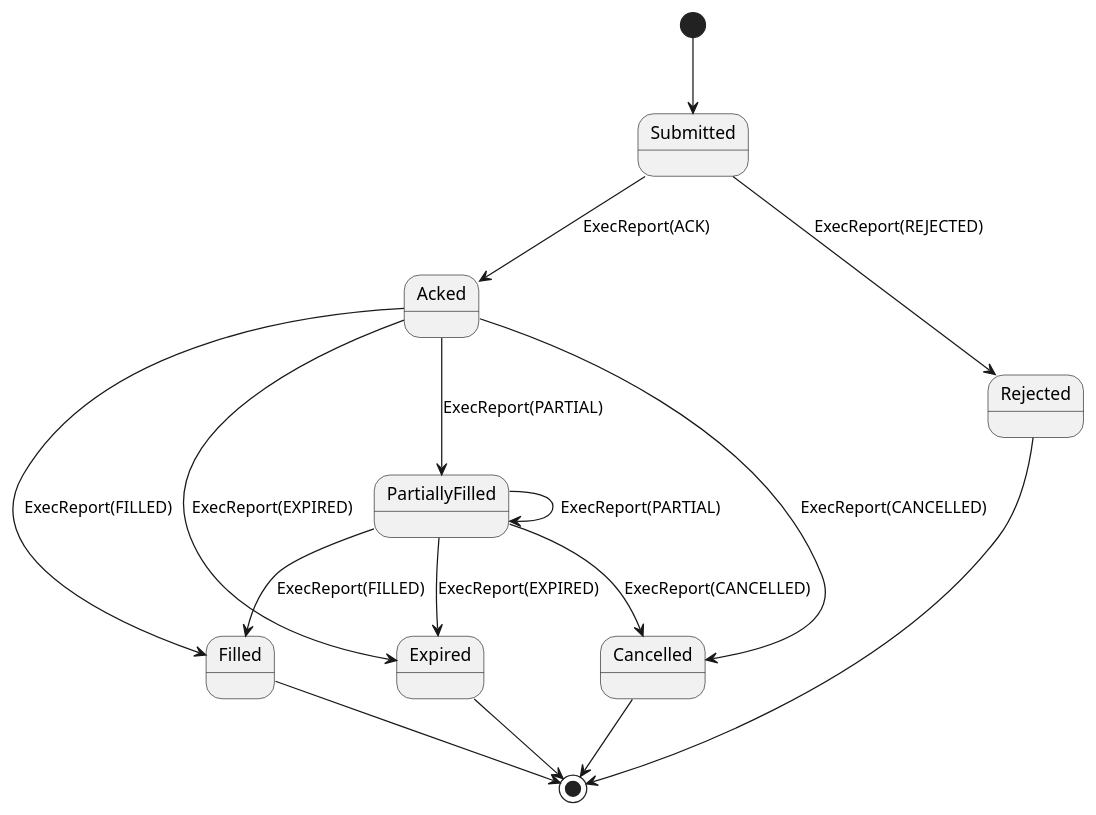
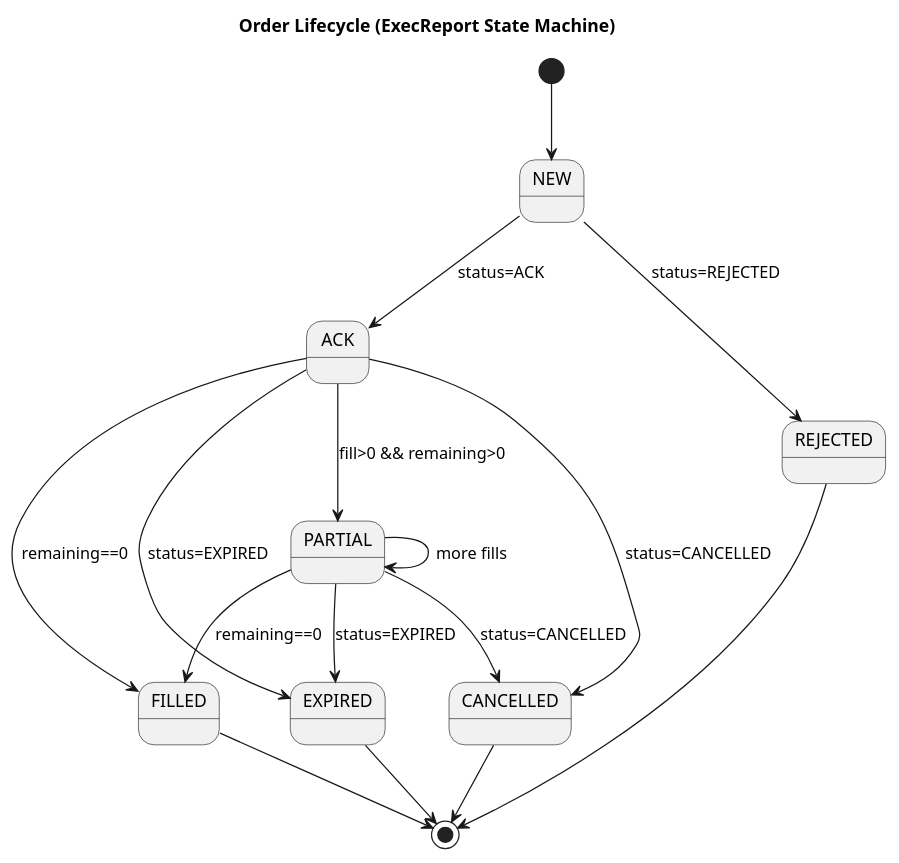
Before and after one commit to coachpo/meltica-gateway: the diagram in docs/diagrams/order-lifecycle-state.puml, drawn with PlantUML. The commit also changed 217 other files, not shown here.

```diff
--- a/docs/diagrams/order-lifecycle-state.puml
+++ b/docs/diagrams/order-lifecycle-state.puml
@@ -1,20 +1,19 @@
-@startuml order-lifecycle-state
-skinparam monochrome true
+@startuml
+title Order Lifecycle (ExecReport State Machine)
 
-[*] --> Submitted
-Submitted --> Acked : ExecReport(ACK)
-Acked --> PartiallyFilled : ExecReport(PARTIAL)
-PartiallyFilled --> PartiallyFilled : ExecReport(PARTIAL)
-PartiallyFilled --> Filled : ExecReport(FILLED)
-Acked --> Filled : ExecReport(FILLED)
-Submitted --> Rejected : ExecReport(REJECTED)
-Acked --> Cancelled : ExecReport(CANCELLED)
-PartiallyFilled --> Cancelled : ExecReport(CANCELLED)
-Acked --> Expired : ExecReport(EXPIRED)
-PartiallyFilled --> Expired : ExecReport(EXPIRED)
-Filled --> [*]
-Cancelled --> [*]
-Rejected --> [*]
-Expired --> [*]
-
+[*] --> NEW
+NEW --> ACK : status=ACK
+ACK --> PARTIAL : fill>0 && remaining>0
+ACK --> FILLED : remaining==0
+PARTIAL --> PARTIAL : more fills
+PARTIAL --> FILLED : remaining==0
+NEW --> REJECTED : status=REJECTED
+ACK --> CANCELLED : status=CANCELLED
+PARTIAL --> CANCELLED : status=CANCELLED
+ACK --> EXPIRED : status=EXPIRED
+PARTIAL --> EXPIRED : status=EXPIRED
+FILLED --> [*]
+CANCELLED --> [*]
+REJECTED --> [*]
+EXPIRED --> [*]
 @enduml
```
